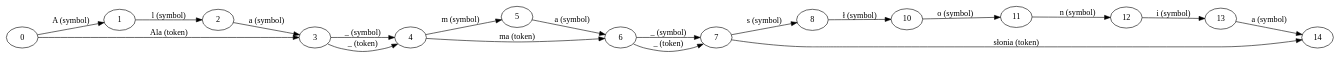
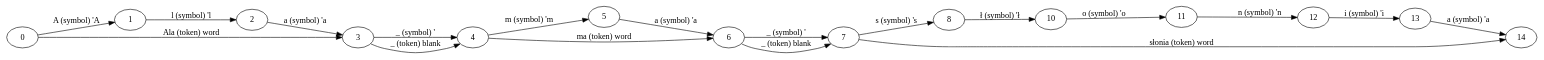
Before and after one commit to manicki/psi-toolkit: the diagram in formats/dot/t/files/simple.dot, drawn with Graphviz. The commit also changed 6 other files, not shown here.

```diff
--- a/formats/dot/t/files/simple.dot
+++ b/formats/dot/t/files/simple.dot
@@ -1,21 +1,21 @@
 digraph G {
 rankdir=LR
-0 -> 1 [label="A (symbol)"]
-1 -> 2 [label="l (symbol)"]
-2 -> 3 [label="a (symbol)"]
-0 -> 3 [label="Ala (token)"]
-3 -> 4 [label="_ (symbol)"]
-3 -> 4 [label="_ (token)"]
-4 -> 5 [label="m (symbol)"]
-5 -> 6 [label="a (symbol)"]
-4 -> 6 [label="ma (token)"]
-6 -> 7 [label="_ (symbol)"]
-6 -> 7 [label="_ (token)"]
-7 -> 8 [label="s (symbol)"]
-8 -> 10 [label="ł (symbol)"]
-10 -> 11 [label="o (symbol)"]
-11 -> 12 [label="n (symbol)"]
-12 -> 13 [label="i (symbol)"]
-13 -> 14 [label="a (symbol)"]
-7 -> 14 [label="słonia (token)"]
+0 -> 1 [label="A (symbol) 'A"]
+1 -> 2 [label="l (symbol) 'l"]
+2 -> 3 [label="a (symbol) 'a"]
+0 -> 3 [label="Ala (token) word"]
+3 -> 4 [label="_ (symbol) ' "]
+3 -> 4 [label="_ (token) blank"]
+4 -> 5 [label="m (symbol) 'm"]
+5 -> 6 [label="a (symbol) 'a"]
+4 -> 6 [label="ma (token) word"]
+6 -> 7 [label="_ (symbol) ' "]
+6 -> 7 [label="_ (token) blank"]
+7 -> 8 [label="s (symbol) 's"]
+8 -> 10 [label="ł (symbol) 'ł"]
+10 -> 11 [label="o (symbol) 'o"]
+11 -> 12 [label="n (symbol) 'n"]
+12 -> 13 [label="i (symbol) 'i"]
+13 -> 14 [label="a (symbol) 'a"]
+7 -> 14 [label="słonia (token) word"]
 }
```
